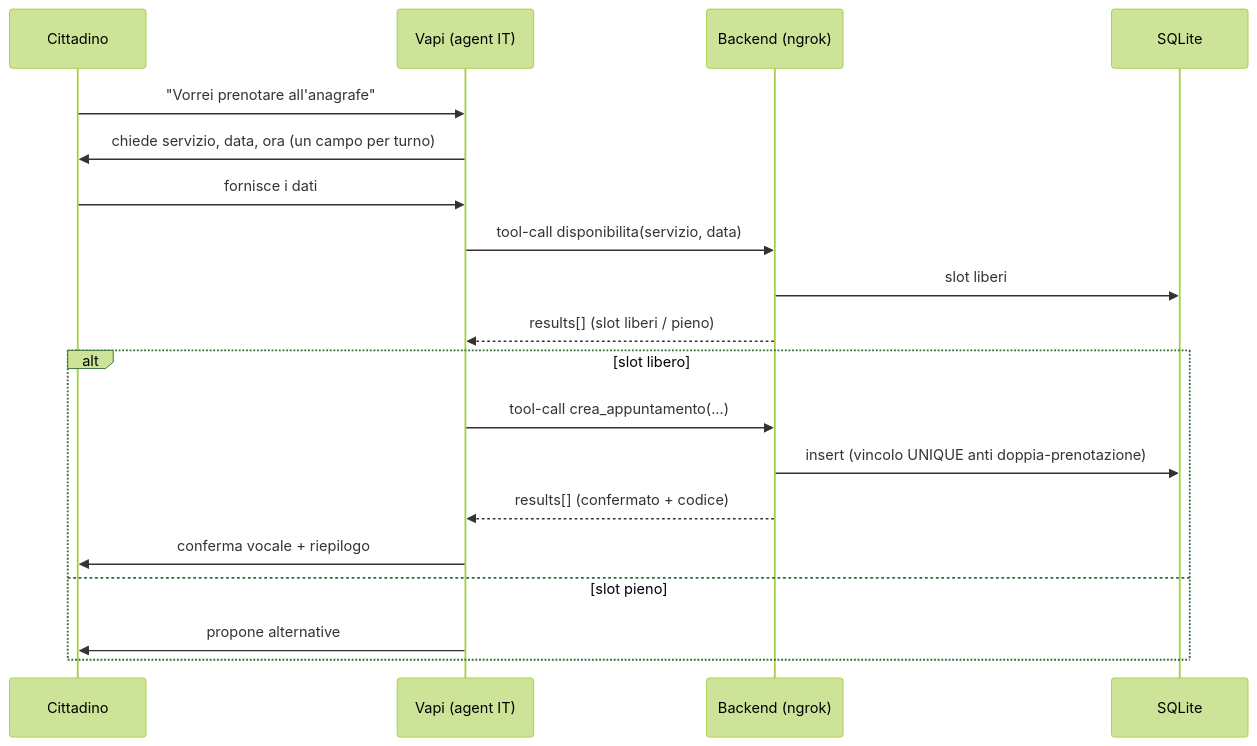
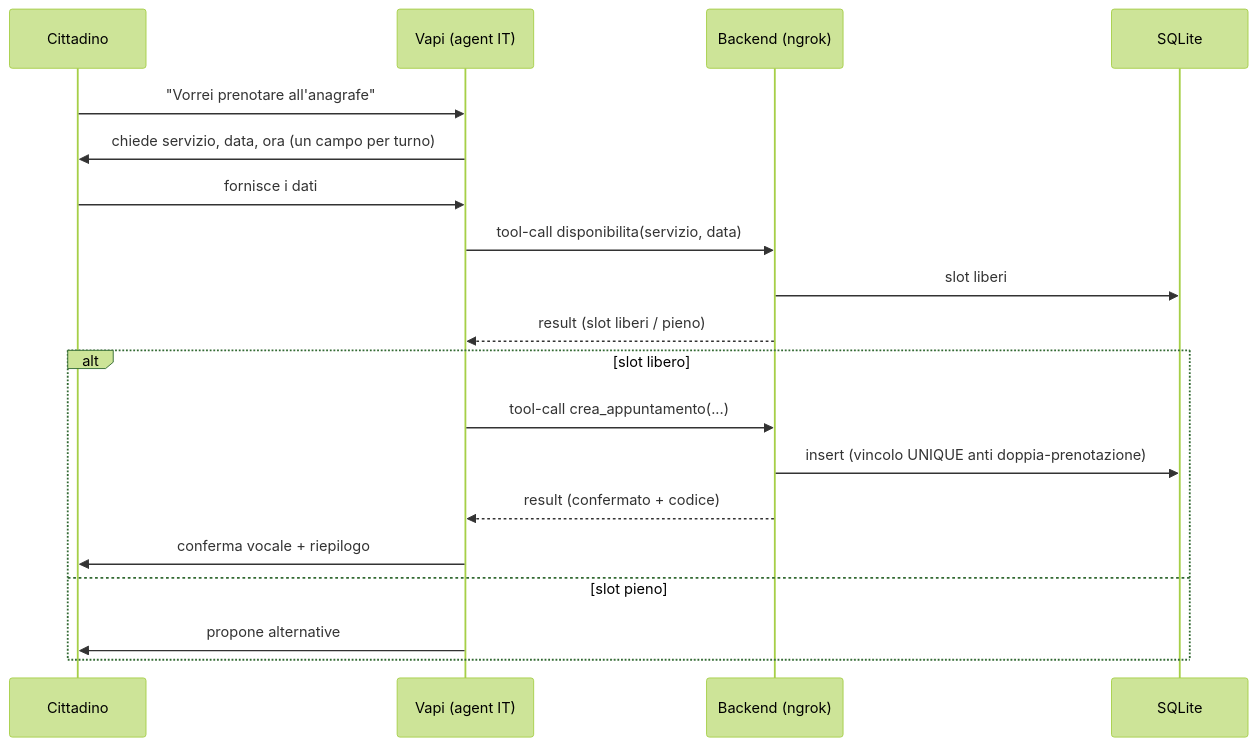
Before and after one commit to Kieff90/Voicebot-PY: the third of 3 diagrams in docs/BLUEPRINT.md, drawn with Mermaid (forest theme). The commit also changed other lines of this file and 9 other files, not shown here.

````diff
--- a/docs/BLUEPRINT.md
+++ b/docs/BLUEPRINT.md
@@ -128,21 +128,21 @@
 ```mermaid
 sequenceDiagram
   participant C as Cittadino
   participant V as Vapi (agent IT)
   participant B as Backend (ngrok)
   participant DB as SQLite
   C->>V: "Vorrei prenotare all'anagrafe"
   V->>C: chiede servizio, data, ora (un campo per turno)
   C->>V: fornisce i dati
   V->>B: tool-call disponibilita(servizio, data)
   B->>DB: slot liberi
-  B-->>V: results[] (slot liberi / pieno)
+  B-->>V: result (slot liberi / pieno)
   alt slot libero
     V->>B: tool-call crea_appuntamento(...)
     B->>DB: insert (vincolo UNIQUE anti doppia-prenotazione)
-    B-->>V: results[] (confermato + codice)
+    B-->>V: result (confermato + codice)
     V->>C: conferma vocale + riepilogo
   else slot pieno
     V->>C: propone alternative
   end
 ```
````
